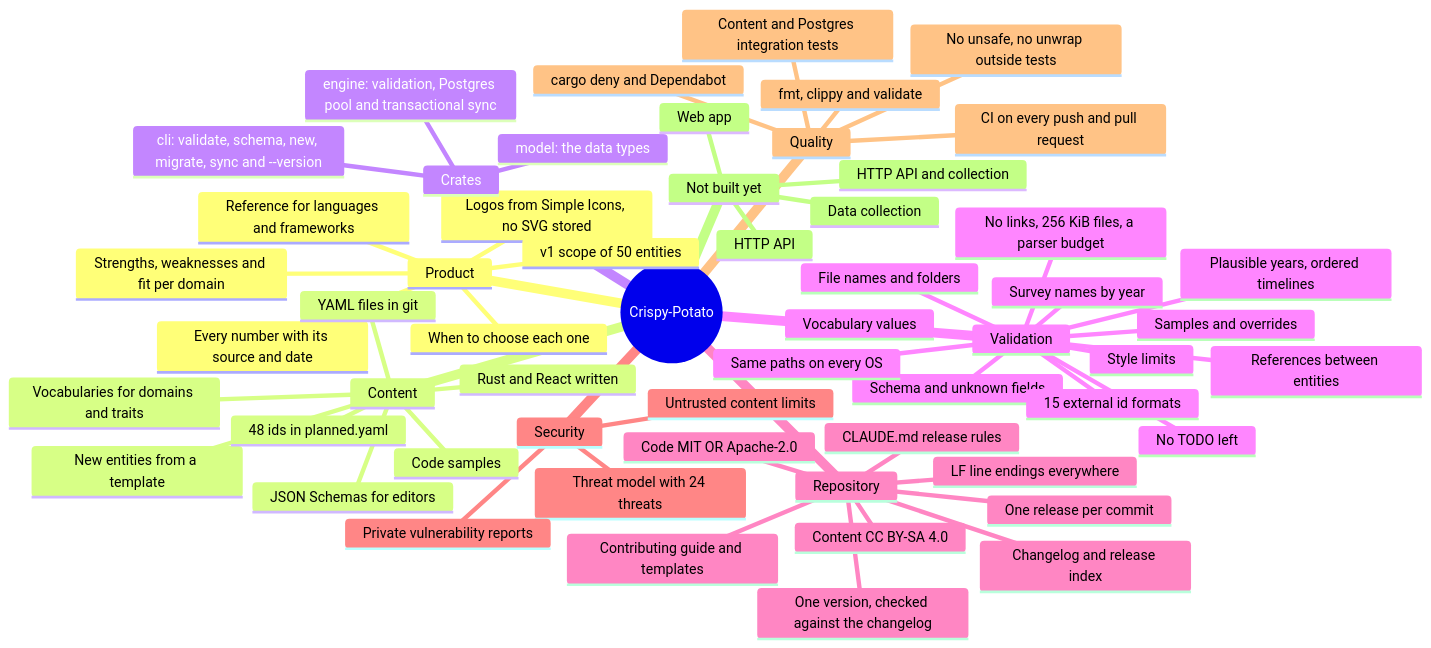
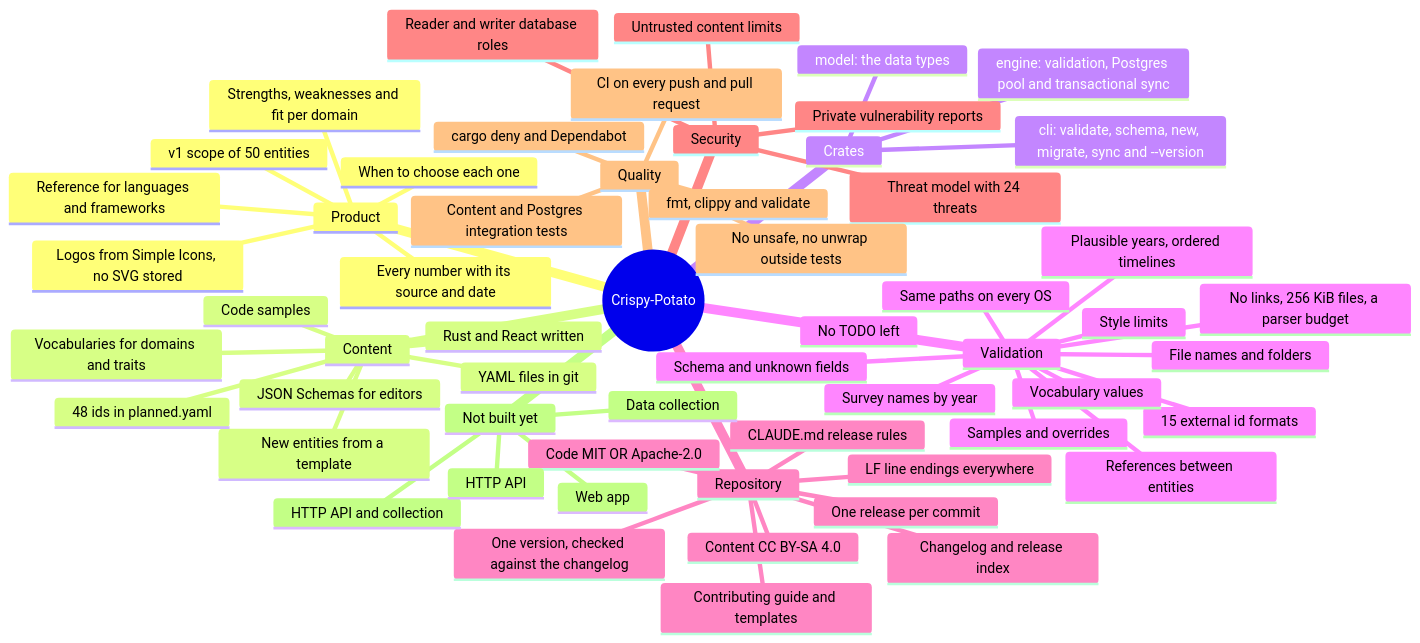
Before and after one commit to winksen/Crispy-Potato: the first of 2 diagrams in docs/MINDMAP.md, drawn with Mermaid. The commit also changed other lines of this file and 11 other files, not shown here.

````diff
--- a/docs/MINDMAP.md
+++ b/docs/MINDMAP.md
@@ -11,60 +11,61 @@
 ```mermaid
 mindmap
   root((Crispy-Potato))
     Product
       Reference for languages and frameworks
       Strengths, weaknesses and fit per domain
       When to choose each one
       Every number with its source and date
       Logos from Simple Icons, no SVG stored
       v1 scope of 50 entities
     Content
       YAML files in git
       JSON Schemas for editors
       New entities from a template
       Rust and React written
       48 ids in planned.yaml
       Vocabularies for domains and traits
       Code samples
     Crates
       model: the data types
       engine: validation, Postgres pool and transactional sync
       cli: validate, schema, new, migrate, sync and --version
     Validation
       Schema and unknown fields
       15 external id formats
       Survey names by year
       Plausible years, ordered timelines
       File names and folders
       Vocabulary values
       References between entities
       Style limits
       Samples and overrides
       Same paths on every OS
       No links, 256 KiB files, a parser budget
       No TODO left
     Repository
       Code MIT OR Apache-2.0
       Content CC BY-SA 4.0
       One release per commit
       One version, checked against the changelog
       Changelog and release index
       CLAUDE.md release rules
       Contributing guide and templates
       LF line endings everywhere
     Security
       Threat model with 24 threats
       Untrusted content limits
+      Reader and writer database roles
       Private vulnerability reports
     Quality
       Content and Postgres integration tests
       fmt, clippy and validate
       No unsafe, no unwrap outside tests
       CI on every push and pull request
       cargo deny and Dependabot
     Not built yet
       HTTP API and collection
       Data collection
       HTTP API
       Web app
 ```
````
